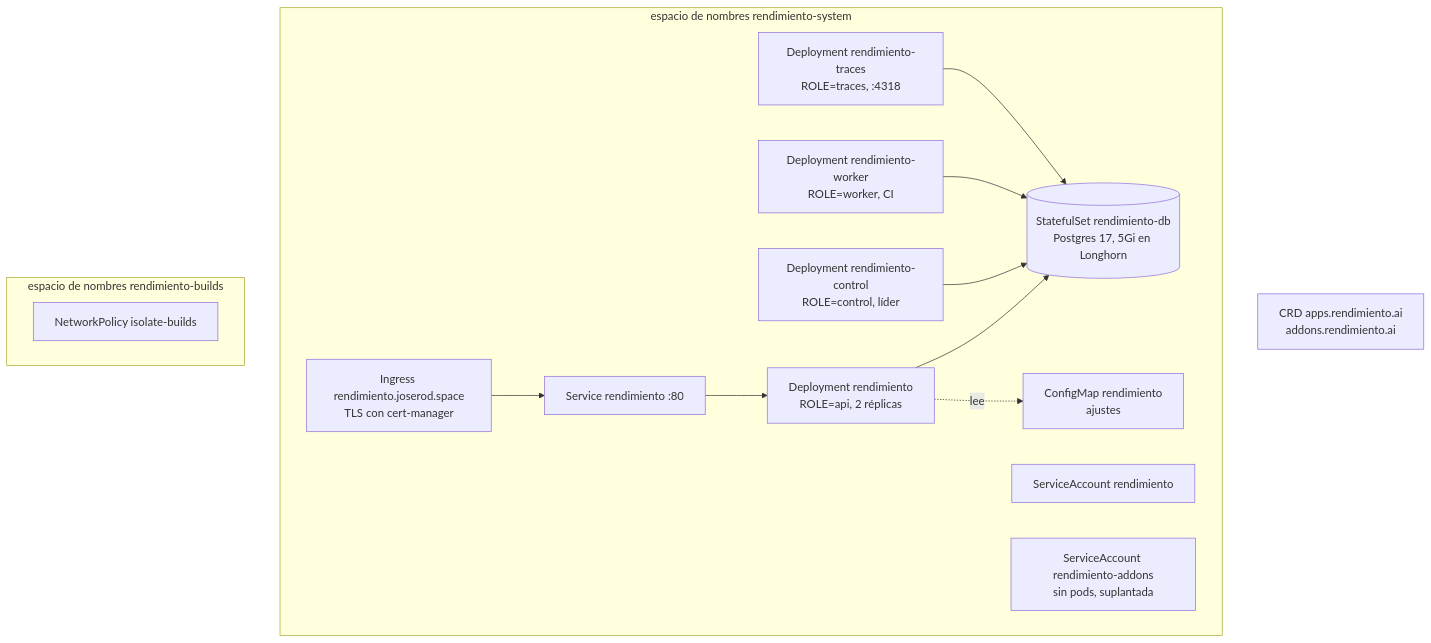
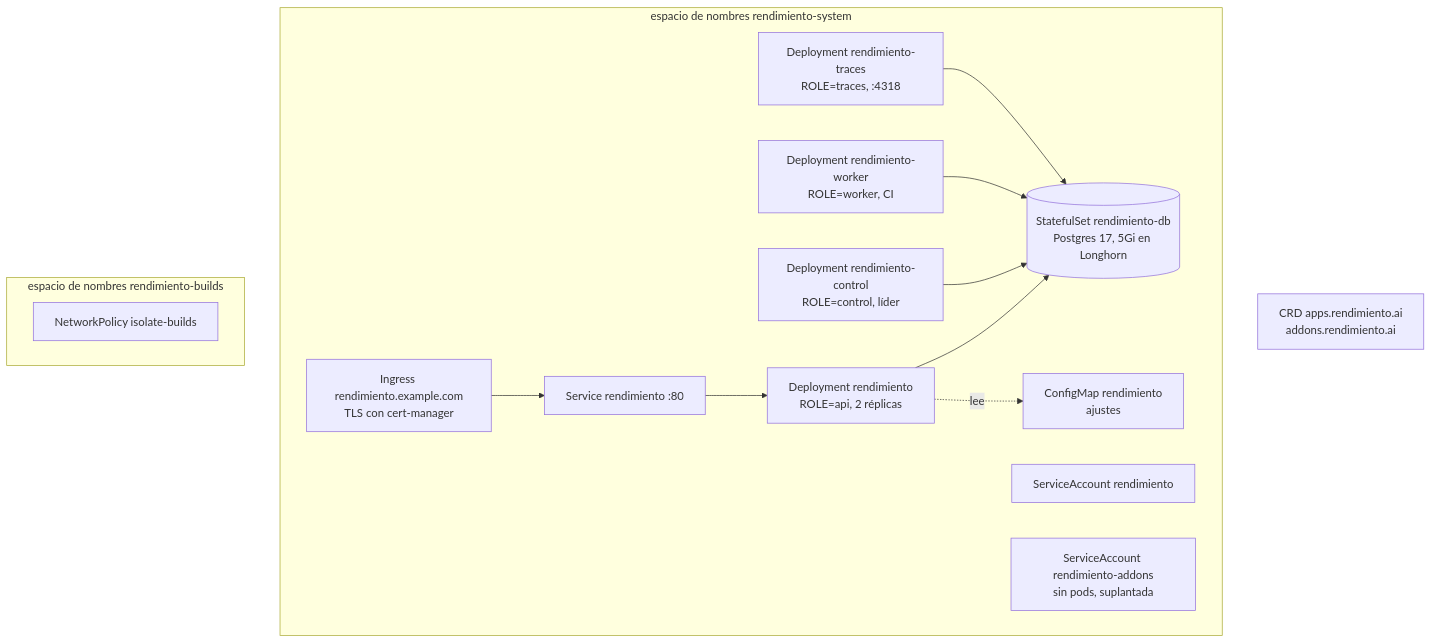
The first of 2 diagrams in docs/content/environment/deploy.es.md (p0dxD/rendimiento.ai), drawn with Mermaid before and after one commit. The commit also changed 35 other files, not shown here.

````diff
--- a/docs/content/environment/deploy.es.md
+++ b/docs/content/environment/deploy.es.md
@@ -37,24 +37,24 @@
 ```mermaid
 flowchart TB
     subgraph rs[espacio de nombres rendimiento-system]
         dep[Deployment rendimiento<br/>ROLE=api, 2 réplicas]
         ctl[Deployment rendimiento-control<br/>ROLE=control, líder]
         wrk[Deployment rendimiento-worker<br/>ROLE=worker, CI]
         trc[Deployment rendimiento-traces<br/>ROLE=traces, :4318]
         svc[Service rendimiento :80]
-        ing[Ingress rendimiento.joserod.space<br/>TLS con cert-manager]
+        ing[Ingress rendimiento.example.com<br/>TLS con cert-manager]
         db[(StatefulSet rendimiento-db<br/>Postgres 17, 5Gi en Longhorn)]
         cm[ConfigMap rendimiento<br/>ajustes]
         sa[ServiceAccount rendimiento]
         sa2[ServiceAccount rendimiento-addons<br/>sin pods, suplantada]
     end
     subgraph rb[espacio de nombres rendimiento-builds]
         np[NetworkPolicy isolate-builds]
     end
     crds[CRD apps.rendimiento.ai<br/>addons.rendimiento.ai]
     ing --> svc --> dep --> db
     ctl --> db
     wrk --> db
     trc --> db
     dep -. lee .-> cm
 ```
````
